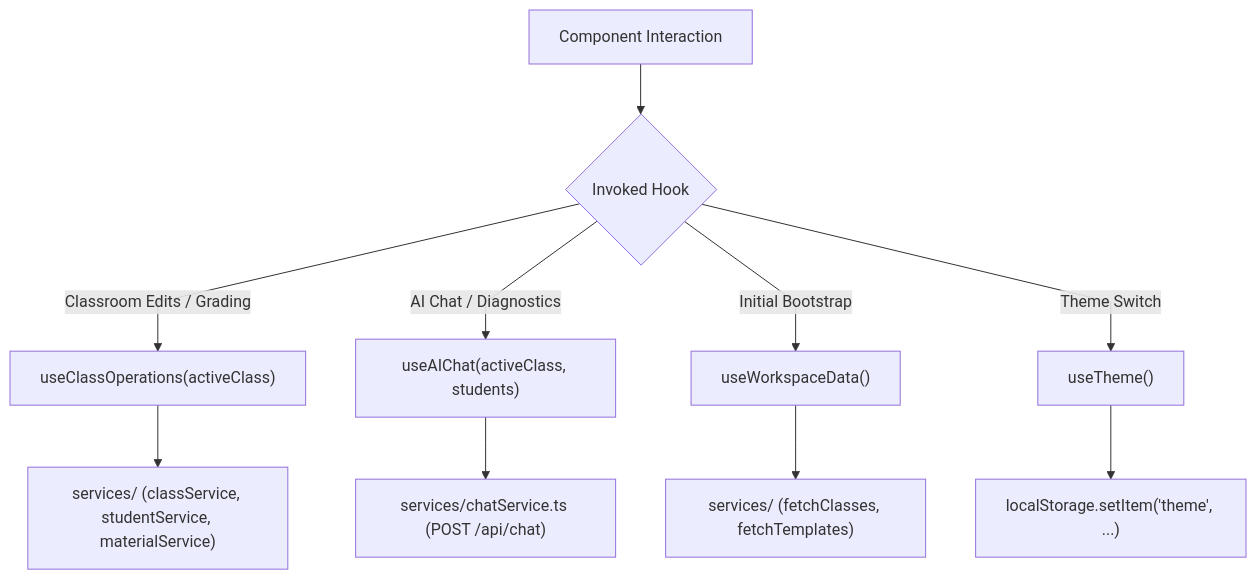
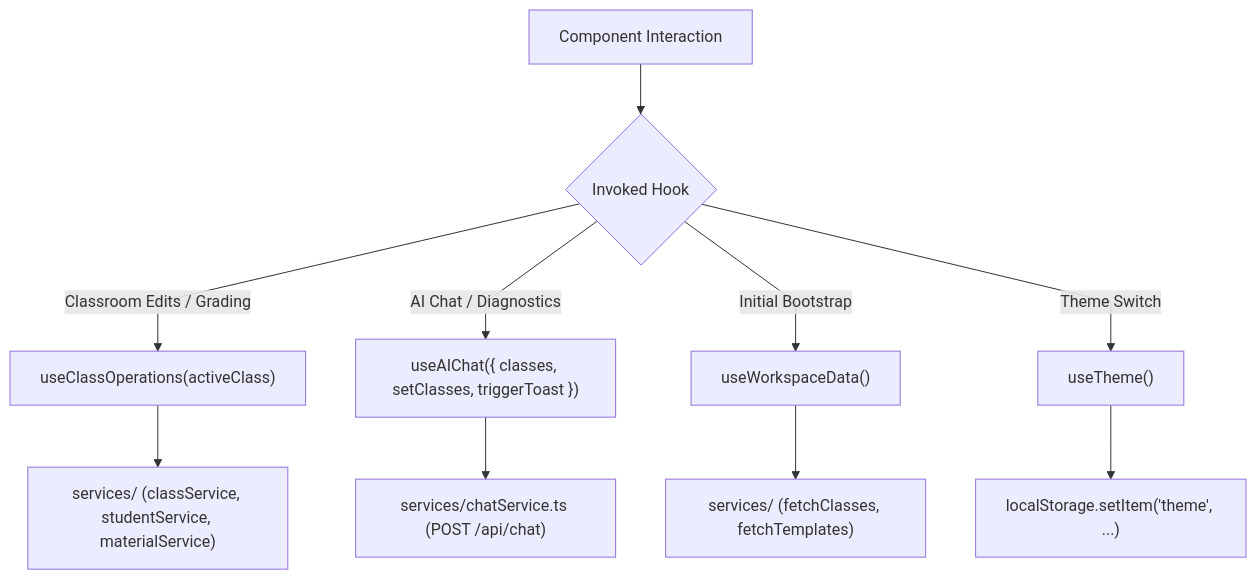
Before and after one commit to VictorBravo9er/Teacher-Assistant-Workspace: the diagram in frontend/src/hooks/code.ARCH.md, drawn with Mermaid. The commit also changed 21 other files, not shown here.

````diff
--- a/frontend/src/hooks/code.ARCH.md
+++ b/frontend/src/hooks/code.ARCH.md
@@ -9,15 +9,15 @@
 ```mermaid
 %%{init: {'flowchart': {'curve': 'linear'}}}%%
 flowchart TD
     User["Component Interaction"] --> Hook{"Invoked Hook"}
     
     Hook -- "Classroom Edits / Grading" --> ClassOps["useClassOperations(activeClass)"]
-    Hook -- "AI Chat / Diagnostics" --> AIChat["useAIChat(activeClass, students)"]
+    Hook -- "AI Chat / Diagnostics" --> AIChat["useAIChat({ classes, setClasses, triggerToast })"]
     Hook -- "Initial Bootstrap" --> WorkspaceData["useWorkspaceData()"]
     Hook -- "Theme Switch" --> Theme["useTheme()"]
     
     ClassOps --> Services["services/ (classService, studentService, materialService)"]
     AIChat --> ChatService["services/chatService.ts (POST /api/chat)"]
     WorkspaceData --> InitialFetch["services/ (fetchClasses, fetchTemplates)"]
     Theme --> LocalStorage["localStorage.setItem('theme', ...)"]
 ```
````
